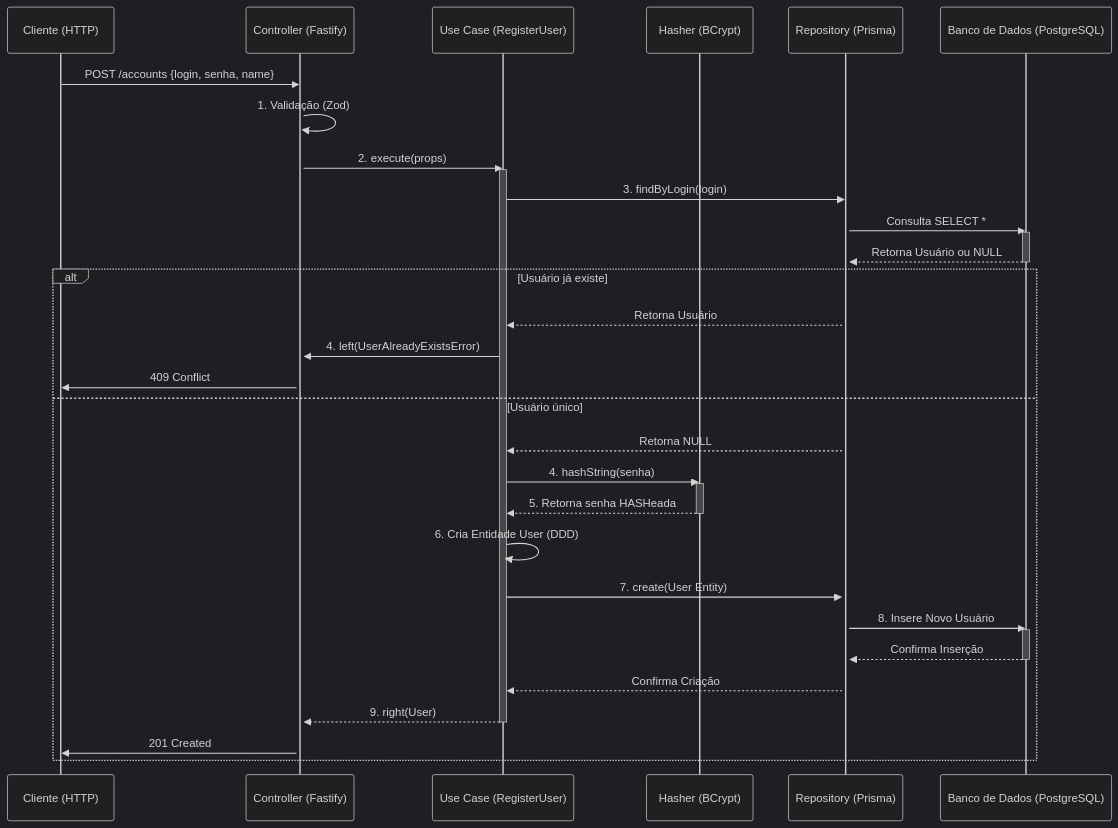
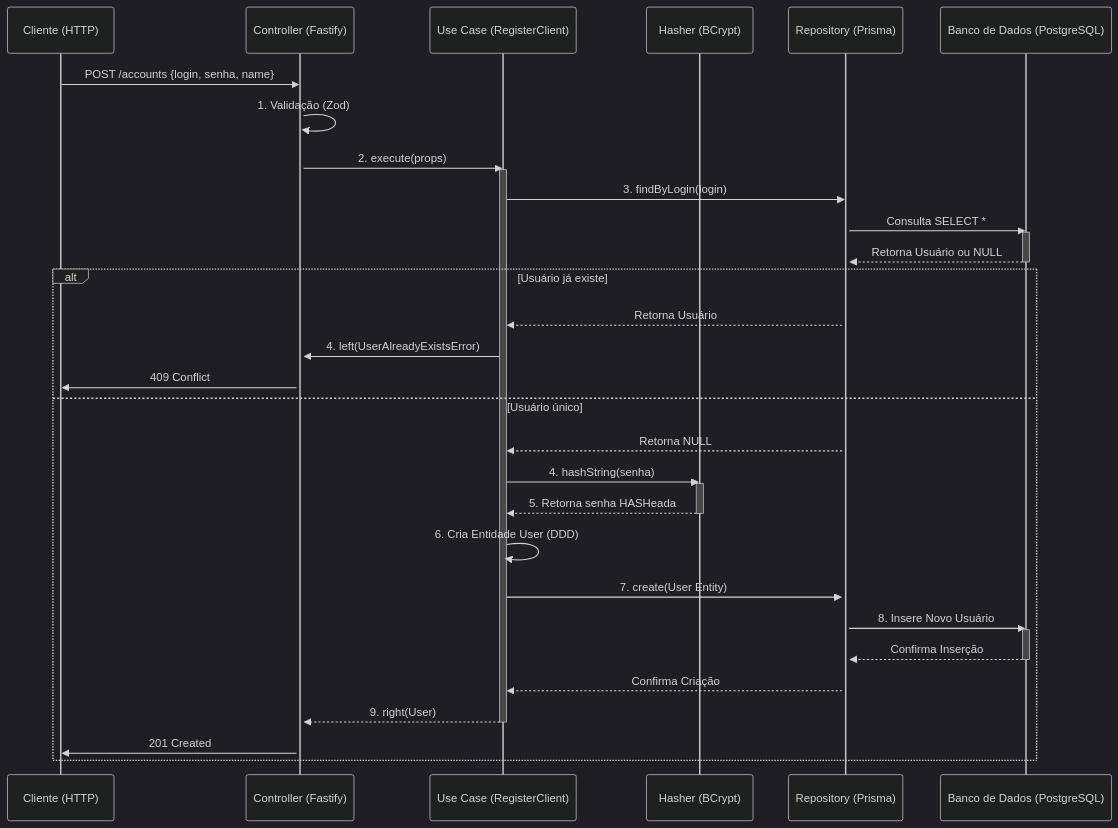
One commit to riqq54/barbershop-project changed the diagram in README.md. Above: the diagram before and after it, drawn with Mermaid (dark theme). The commit also changed other lines of this file and 19 other files, not shown here.

Commit message:
feat: create user use case and middleware to verify request user role

````diff
--- a/README.md
+++ b/README.md
@@ -158,43 +166,43 @@
 ```mermaid
 sequenceDiagram
     participant CLI as Cliente (HTTP)
     participant C as Controller (Fastify)
-    participant UC as Use Case (RegisterUser)
+    participant UC as Use Case (RegisterClient)
     participant H as Hasher (BCrypt)
     participant R as Repository (Prisma)
     participant DB as Banco de Dados (PostgreSQL)
 
     CLI->>C: POST /accounts {login, senha, name}
     activate C
     C->>C: 1. Validação (Zod)
     C->>UC: 2. execute(props)
     activate UC
     UC->>R: 3. findByLogin(login)
     activate R
     R->>DB: Consulta SELECT *
     activate DB
     DB-->>R: Retorna Usuário ou NULL
     deactivate DB
     
     alt Usuário já existe
         R-->>UC: Retorna Usuário
         UC->>C: 4. left(UserAlreadyExistsError)
         C->>CLI: 409 Conflict
     else Usuário único
         R-->>UC: Retorna NULL
         UC->>H: 4. hashString(senha)
         activate H
         H-->>UC: 5. Retorna senha HASHeada
         deactivate H
         UC->>UC: 6. Cria Entidade User (DDD)
         UC->>R: 7. create(User Entity)
         R->>DB: 8. Insere Novo Usuário
         activate DB
         DB-->>R: Confirma Inserção
         deactivate DB
         R-->>UC: Confirma Criação
         UC-->>C: 9. right(User)
         deactivate UC
         C->>CLI: 201 Created
     end
 ```
````
